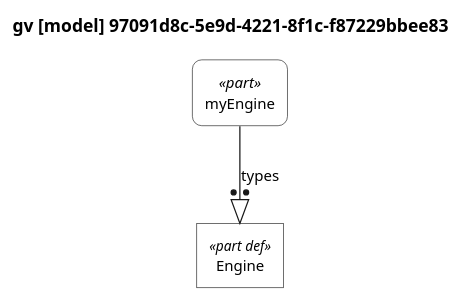
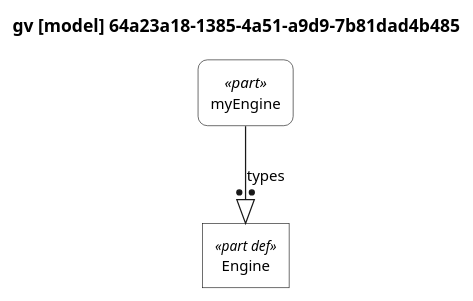
Before and after one commit to mycr0ft/sysml2py: the diagram in docs/plantuml-examples/01-usage-vs-definition.puml, drawn with PlantUML. The commit also changed 25 other files, not shown here.

```diff
--- a/docs/plantuml-examples/01-usage-vs-definition.puml
+++ b/docs/plantuml-examples/01-usage-vs-definition.puml
@@ -1,112 +1,112 @@
 @startuml
 
 skinparam monochrome true
 skinparam wrapWidth 300
 skinparam defaultFontSize 12
 skinparam defaultFontName Helvetica
 
 ' Definitions: sharp corners, plain background
 skinparam rectangle<<part def>> {
     RoundCorner 0
     BackgroundColor white
     StereotypeFontSize 11
 }
 skinparam rectangle<<item def>> {
     RoundCorner 0
     BackgroundColor white
 }
 skinparam rectangle<<attribute def>> {
     RoundCorner 0
     BackgroundColor white
 }
 skinparam rectangle<<port def>> {
     RoundCorner 0
     BackgroundColor white
 }
 skinparam rectangle<<action def>> {
     RoundCorner 0
     BackgroundColor white
 }
 skinparam rectangle<<state def>> {
     RoundCorner 0
     BackgroundColor white
 }
 skinparam rectangle<<requirement def>> {
     RoundCorner 0
     BackgroundColor white
 }
 skinparam rectangle<<view def>> {
     RoundCorner 0
     BackgroundColor white
 }
 skinparam rectangle<<viewpoint def>> {
     RoundCorner 0
     BackgroundColor white
 }
 skinparam rectangle<<enumeration def>> {
     RoundCorner 0
     BackgroundColor white
 }
 
 ' Usages: rounded corners, plain background
 skinparam rectangle<<part>> {
     RoundCorner 15
     BackgroundColor white
 }
 skinparam rectangle<<item>> {
     RoundCorner 15
     BackgroundColor white
 }
 skinparam rectangle<<attribute>> {
     RoundCorner 15
     BackgroundColor white
 }
 skinparam rectangle<<port>> {
     RoundCorner 15
     BackgroundColor white
 }
 skinparam rectangle<<action>> {
     RoundCorner 15
     BackgroundColor white
 }
 skinparam rectangle<<state>> {
     RoundCorner 15
     BackgroundColor white
 }
 skinparam rectangle<<requirement>> {
     RoundCorner 15
     BackgroundColor white
 }
 skinparam rectangle<<view>> {
     RoundCorner 15
     BackgroundColor white
 }
 skinparam rectangle<<viewpoint>> {
     RoundCorner 15
     BackgroundColor white
 }
 skinparam rectangle<<enumeration>> {
     RoundCorner 15
     BackgroundColor white
 }
 
 ' Views as folders
 skinparam folder<<view def>> {
     BackgroundColor white
 }
 skinparam folder<<view>> {
     BackgroundColor white
 }
 
 top to bottom direction
 
-title gv [model] 97091d8c-5e9d-4221-8f1c-f87229bbee83
+title gv [model] 64a23a18-1385-4a51-a9d9-7b81dad4b485
 
 hide circle
 
 rectangle "Engine" as E1 <<part def>>
 rectangle "myEngine" as E2 <<part>>
 
 E2 --:|> E1 : types
 
 @enduml
```
